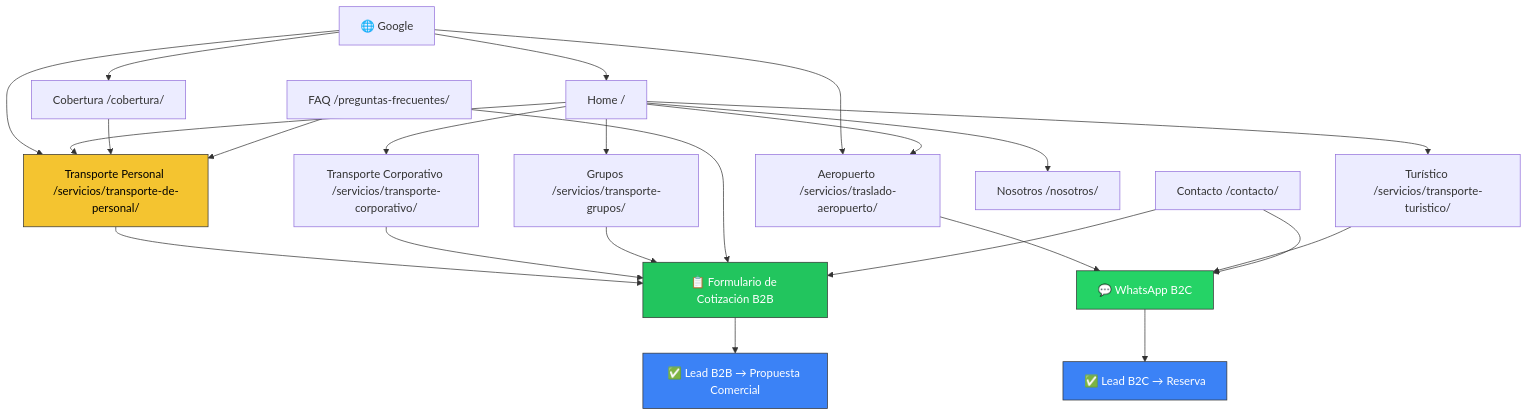
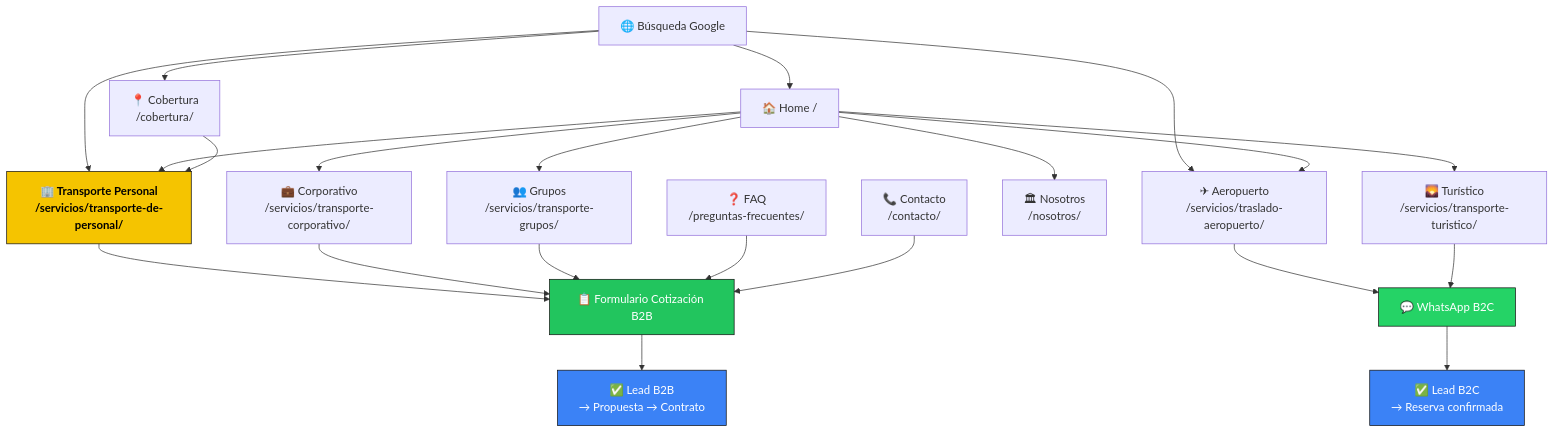
One commit to ivanfer99/AI-WEB-AGENCY-OS changed the diagram in 02_CLIENTES/MAYHIL_EXPRESS/02_PRD.md. Above: the diagram before and after it, drawn with Mermaid. The commit also changed other lines of this file and 4 other files, not shown here.

````diff
--- a/02_CLIENTES/MAYHIL_EXPRESS/02_PRD.md
+++ b/02_CLIENTES/MAYHIL_EXPRESS/02_PRD.md
@@ -579,36 +473,33 @@
 ```mermaid
 graph TD
-    A["🌐 Google"] --> B["Home /"]
-    A --> C["Transporte Personal /servicios/transporte-de-personal/"]
-    A --> D["Aeropuerto /servicios/traslado-aeropuerto/"]
-    A --> E["Cobertura /cobertura/"]
+    A["🌐 Búsqueda Google"] --> B["🏠 Home /"]
+    A --> C["🏢 Transporte Personal\n/servicios/transporte-de-personal/"]
+    A --> D["✈ Aeropuerto\n/servicios/traslado-aeropuerto/"]
+    A --> E["📍 Cobertura\n/cobertura/"]
 
     B --> C
-    B --> F["Transporte Corporativo /servicios/transporte-corporativo/"]
+    B --> F["💼 Corporativo\n/servicios/transporte-corporativo/"]
     B --> D
-    B --> G["Turístico /servicios/transporte-turistico/"]
-    B --> H["Grupos /servicios/transporte-grupos/"]
-    B --> I["Nosotros /nosotros/"]
+    B --> G["🌄 Turístico\n/servicios/transporte-turistico/"]
+    B --> H["👥 Grupos\n/servicios/transporte-grupos/"]
+    B --> I["🏛 Nosotros\n/nosotros/"]
 
-    C --> J["📋 Formulario de Cotización B2B"]
+    C --> J["📋 Formulario Cotización B2B"]
     F --> J
     H --> J
+    E --> C
+    K["❓ FAQ\n/preguntas-frecuentes/"] --> J
+    L["📞 Contacto\n/contacto/"] --> J
 
-    D --> K["💬 WhatsApp B2C"]
-    G --> K
+    D --> M["💬 WhatsApp B2C"]
+    G --> M
 
-    J --> L["✅ Lead B2B → Propuesta Comercial"]
-    K --> M["✅ Lead B2C → Reserva"]
+    J --> N["✅ Lead B2B\n→ Propuesta → Contrato"]
+    M --> O["✅ Lead B2C\n→ Reserva confirmada"]
 
-    E --> C
-    N["FAQ /preguntas-frecuentes/"] --> C
-    N --> J
-    O["Contacto /contacto/"] --> J
-    O --> K
-
-    style C fill:#f4c430,stroke:#333,color:#000
-    style J fill:#22c55e,stroke:#333,color:#fff
-    style K fill:#25D366,stroke:#333,color:#fff
-    style L fill:#3b82f6,stroke:#333,color:#fff
-    style M fill:#3b82f6,stroke:#333,color:#fff
+    style C fill:#F5C400,stroke:#111,color:#000,font-weight:bold
+    style J fill:#22C55E,stroke:#111,color:#fff
+    style M fill:#25D366,stroke:#111,color:#fff
+    style N fill:#3B82F6,stroke:#111,color:#fff
+    style O fill:#3B82F6,stroke:#111,color:#fff
 ```
````
